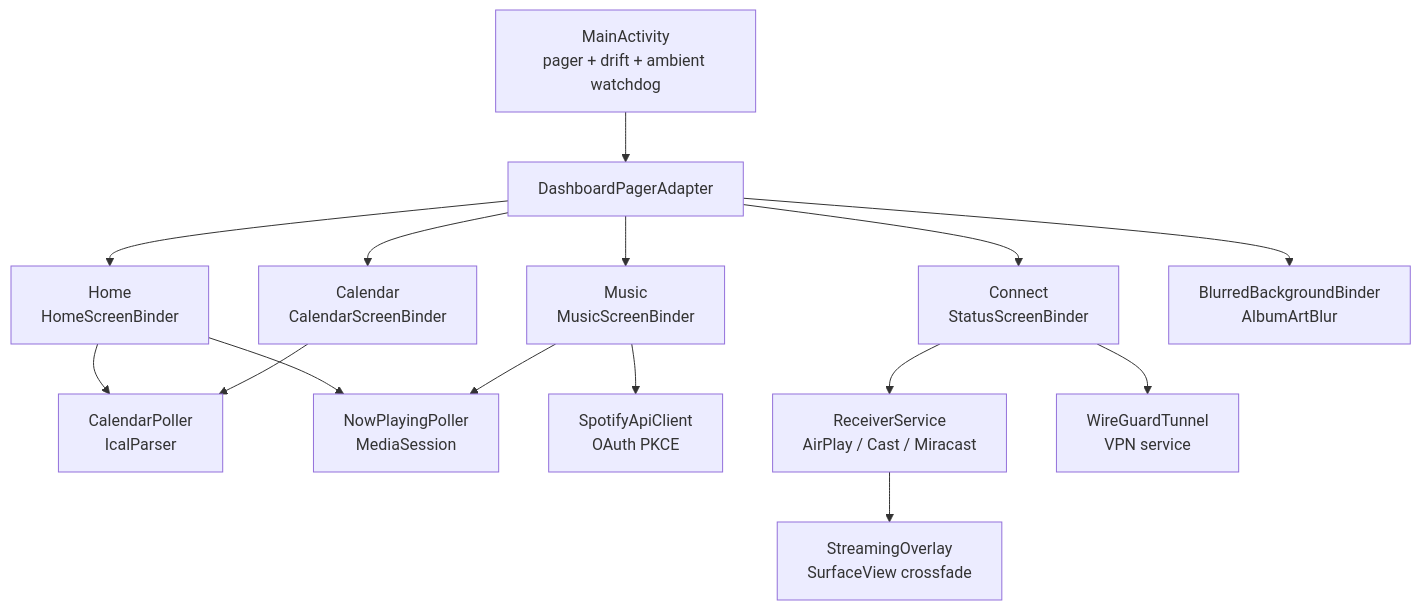
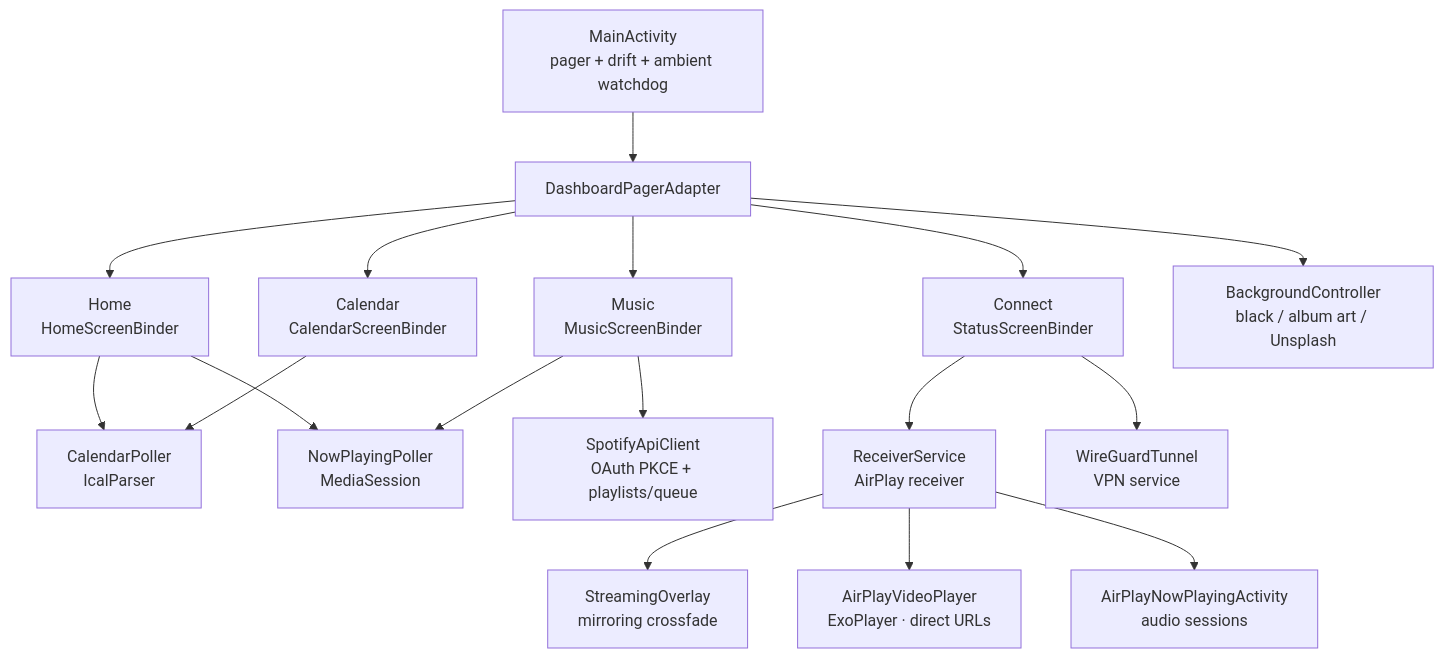
Before and after one commit to the-mrinal/Dock: the diagram in README.md, drawn with Mermaid. The commit also changed other lines of this file and 12 other files, not shown here.

````diff
--- a/README.md
+++ b/README.md
@@ -210,21 +233,23 @@
 ```mermaid
 flowchart TD
     MA[MainActivity<br/>pager + drift + ambient watchdog] --> DP[DashboardPagerAdapter]
     DP --> C[Connect<br/>StatusScreenBinder]
     DP --> H[Home<br/>HomeScreenBinder]
     DP --> CA[Calendar<br/>CalendarScreenBinder]
     DP --> M[Music<br/>MusicScreenBinder]
-    DP --> BG[BlurredBackgroundBinder<br/>AlbumArtBlur]
+    DP --> BG[BackgroundController<br/>black / album art / Unsplash]
 
     H --> CP[CalendarPoller<br/>IcalParser]
     CA --> CP
 
     H --> NP[NowPlayingPoller<br/>MediaSession]
     M --> NP
-    M --> SC[SpotifyApiClient<br/>OAuth PKCE]
+    M --> SC[SpotifyApiClient<br/>OAuth PKCE + playlists/queue]
 
-    C --> RS[ReceiverService<br/>AirPlay / Cast / Miracast]
+    C --> RS[ReceiverService<br/>AirPlay receiver]
     C --> WG[WireGuardTunnel<br/>VPN service]
 
-    RS --> SO[StreamingOverlay<br/>SurfaceView crossfade]
+    RS --> SO[StreamingOverlay<br/>mirroring crossfade]
+    RS --> VP[AirPlayVideoPlayer<br/>ExoPlayer · direct URLs]
+    RS --> NPA[AirPlayNowPlayingActivity<br/>audio sessions]
 ```
````
